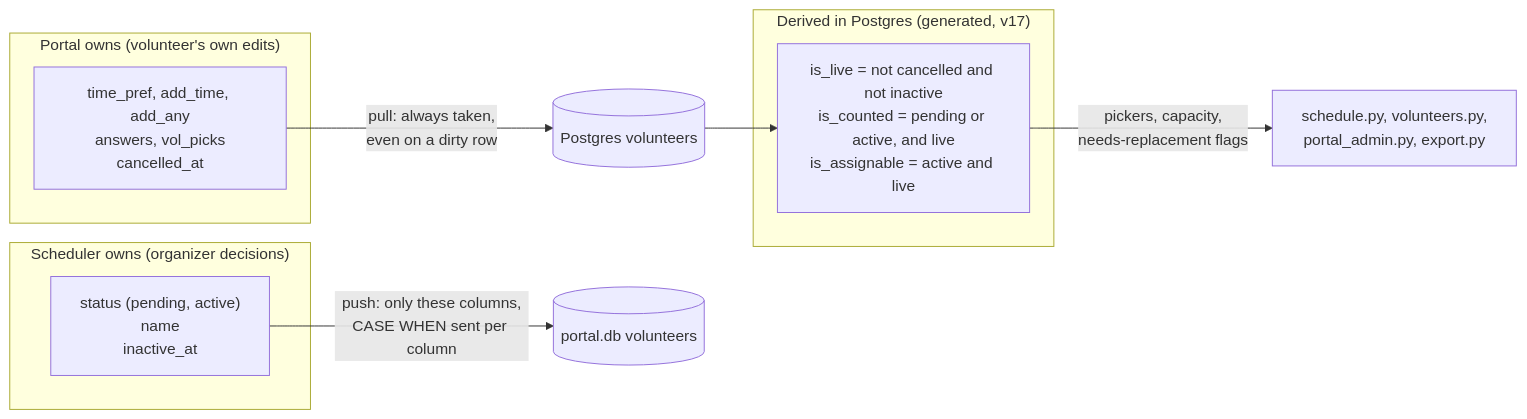
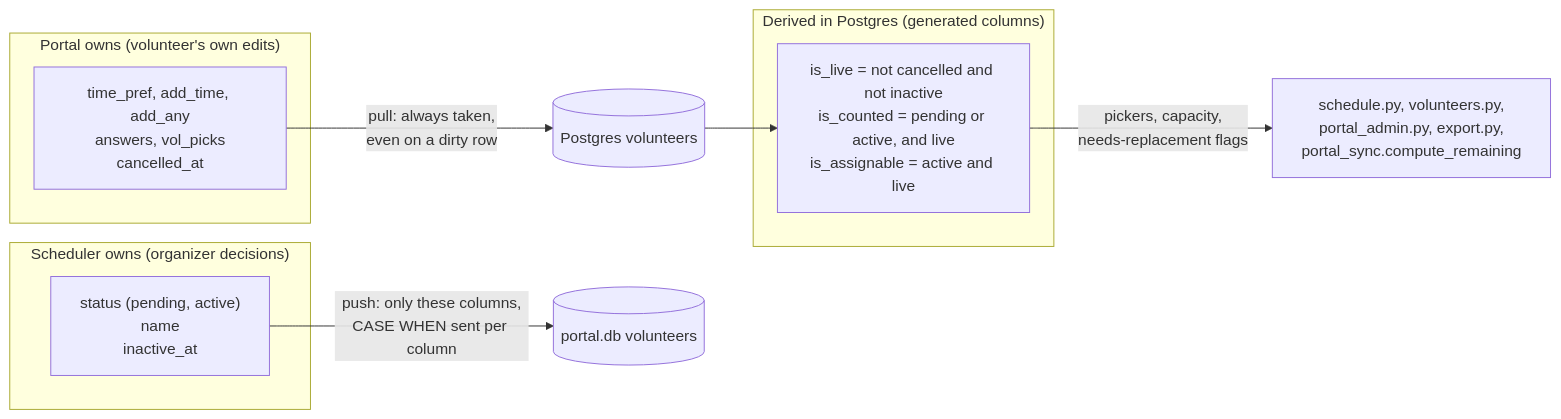
One commit to securgeek/volunteer-manager changed the tenth of 13 diagrams in docs/architecture/interactions.md. Above: the diagram before and after it, drawn with Mermaid. The commit also changed other lines of this file, not shown here.

Commit message:
Update various interaction diagrams. #3

````diff
--- a/docs/architecture/interactions.md
+++ b/docs/architecture/interactions.md
@@ -482,17 +518,17 @@
 ```mermaid
 flowchart LR
     subgraph portal_side["Portal owns (volunteer's own edits)"]
         vo["time_pref, add_time, add_any<br/>answers, vol_picks<br/>cancelled_at"]
     end
     subgraph sched_side["Scheduler owns (organizer decisions)"]
         so["status (pending, active)<br/>name<br/>inactive_at"]
     end
-    subgraph derived["Derived in Postgres (generated, v17)"]
+    subgraph derived["Derived in Postgres (generated columns)"]
         gc["is_live = not cancelled and not inactive<br/>is_counted = pending or active, and live<br/>is_assignable = active and live"]
     end
 
     vo -->|"pull: always taken,<br/>even on a dirty row"| pgv[("Postgres volunteers")]
     so -->|"push: only these columns,<br/>CASE WHEN sent per column"| pv[("portal.db volunteers")]
     pgv --> gc
-    gc -->|"pickers, capacity,<br/>needs-replacement flags"| uses["schedule.py, volunteers.py,<br/>portal_admin.py, export.py"]
+    gc -->|"pickers, capacity,<br/>needs-replacement flags"| uses["schedule.py, volunteers.py,<br/>portal_admin.py, export.py,<br/>portal_sync.compute_remaining"]
 ```
````
